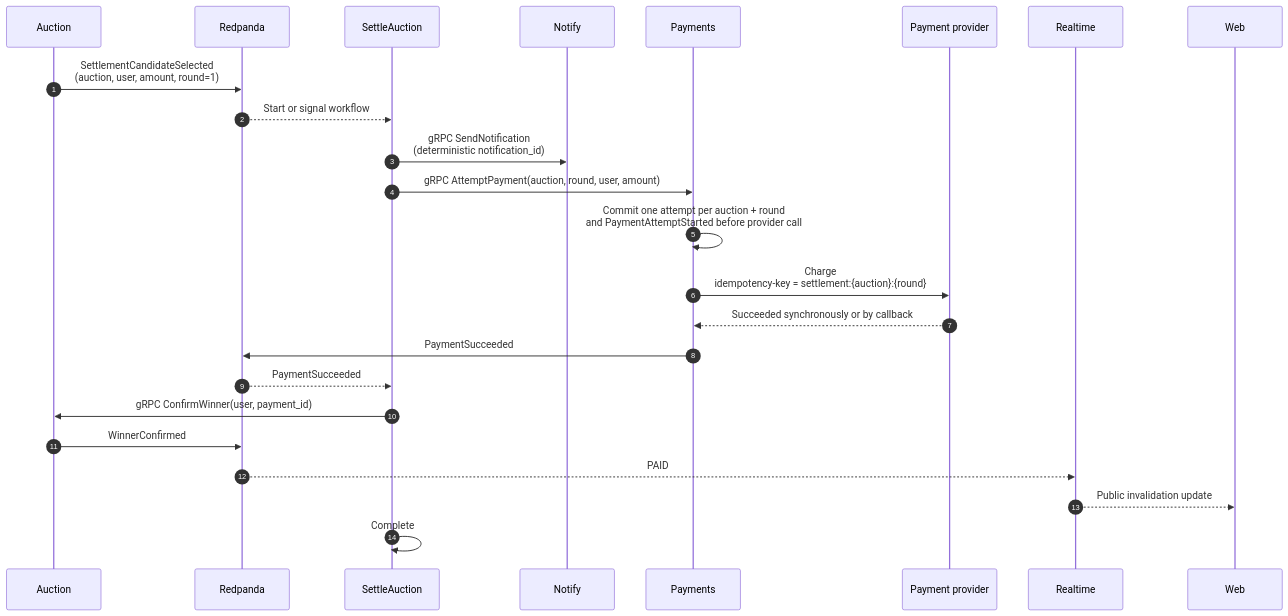
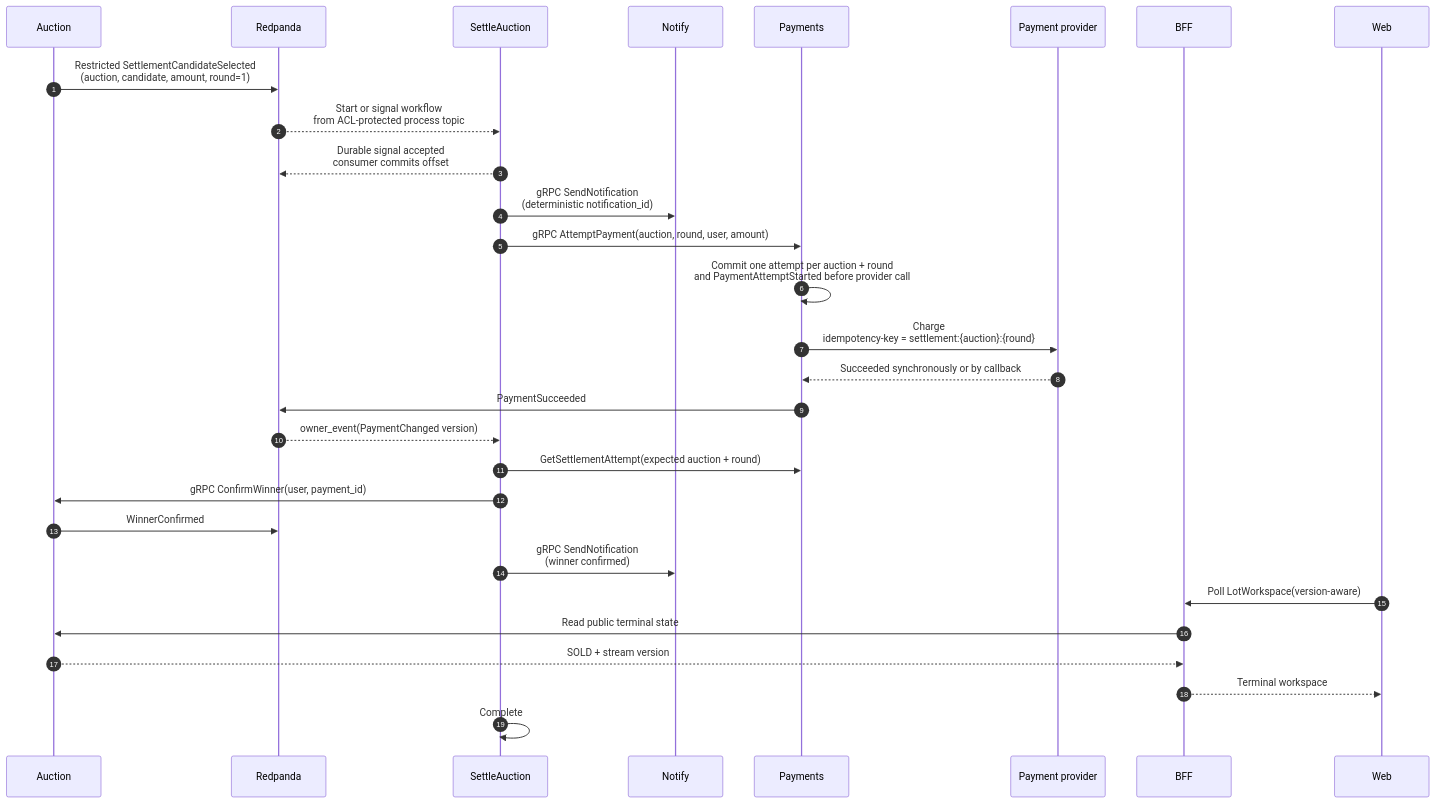
One commit to batazor/gavel changed the first of 2 diagrams in contexts/processes/use-cases/settle-auction/README.md. Above: the diagram before and after it, drawn with Mermaid. The commit also changed other lines of this file and 358 other files, not shown here.

````diff
--- a/contexts/processes/use-cases/settle-auction/README.md
+++ b/contexts/processes/use-cases/settle-auction/README.md
@@ -20,27 +20,32 @@
 ```mermaid
 sequenceDiagram
     autonumber
     participant Auction
     participant Broker as Redpanda
     participant Workflow as SettleAuction
     participant Notify
     participant Payments
     participant Provider as Payment provider
-    participant Realtime
+    participant BFF
     participant Web
 
-    Auction->>Broker: SettlementCandidateSelected<br/>(auction, user, amount, round=1)
-    Broker-->>Workflow: Start or signal workflow
+    Auction->>Broker: Restricted SettlementCandidateSelected<br/>(auction, candidate, amount, round=1)
+    Broker-->>Workflow: Start or signal workflow<br/>from ACL-protected process topic
+    Workflow-->>Broker: Durable signal accepted<br/>consumer commits offset
     Workflow->>Notify: gRPC SendNotification<br/>(deterministic notification_id)
     Workflow->>Payments: gRPC AttemptPayment(auction, round, user, amount)
     Payments->>Payments: Commit one attempt per auction + round<br/>and PaymentAttemptStarted before provider call
     Payments->>Provider: Charge<br/>idempotency-key = settlement:{auction}:{round}
     Provider-->>Payments: Succeeded synchronously or by callback
     Payments->>Broker: PaymentSucceeded
-    Broker-->>Workflow: PaymentSucceeded
+    Broker-->>Workflow: owner_event(PaymentChanged version)
+    Workflow->>Payments: GetSettlementAttempt(expected auction + round)
     Workflow->>Auction: gRPC ConfirmWinner(user, payment_id)
     Auction->>Broker: WinnerConfirmed
-    Broker-->>Realtime: PAID
-    Realtime-->>Web: Public invalidation update
+    Workflow->>Notify: gRPC SendNotification<br/>(winner confirmed)
+    Web->>BFF: Poll LotWorkspace(version-aware)
+    BFF->>Auction: Read public terminal state
+    Auction-->>BFF: SOLD + stream version
+    BFF-->>Web: Terminal workspace
     Workflow->>Workflow: Complete
 ```
````
